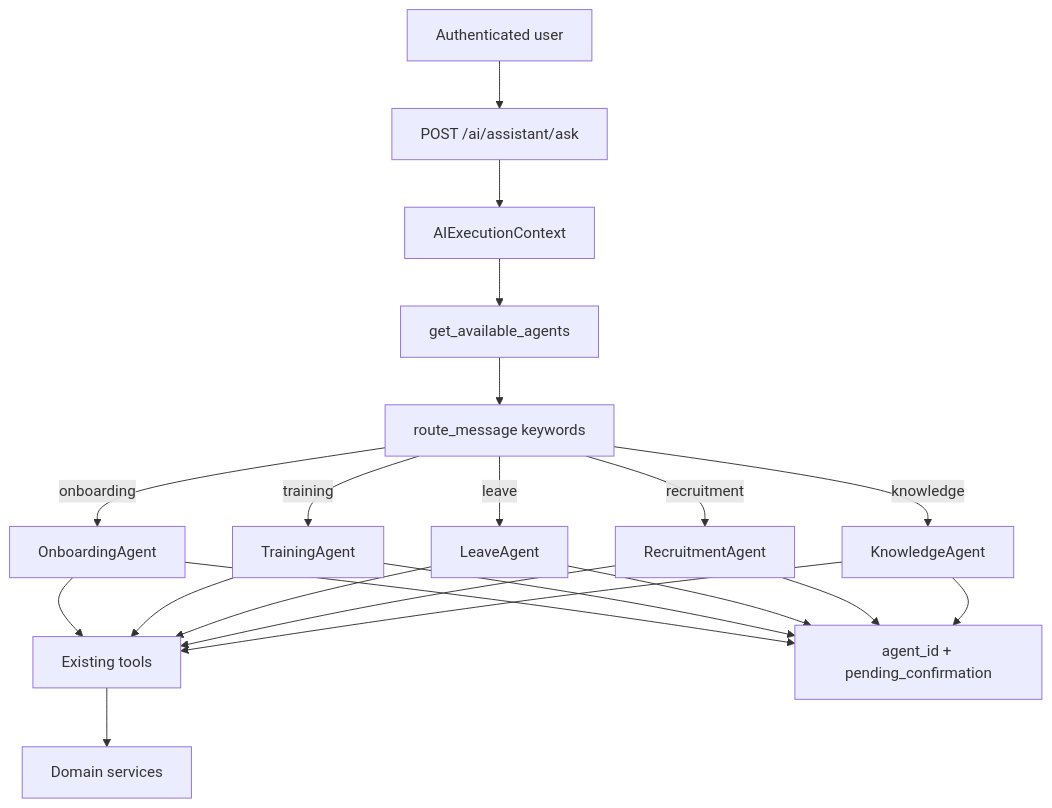
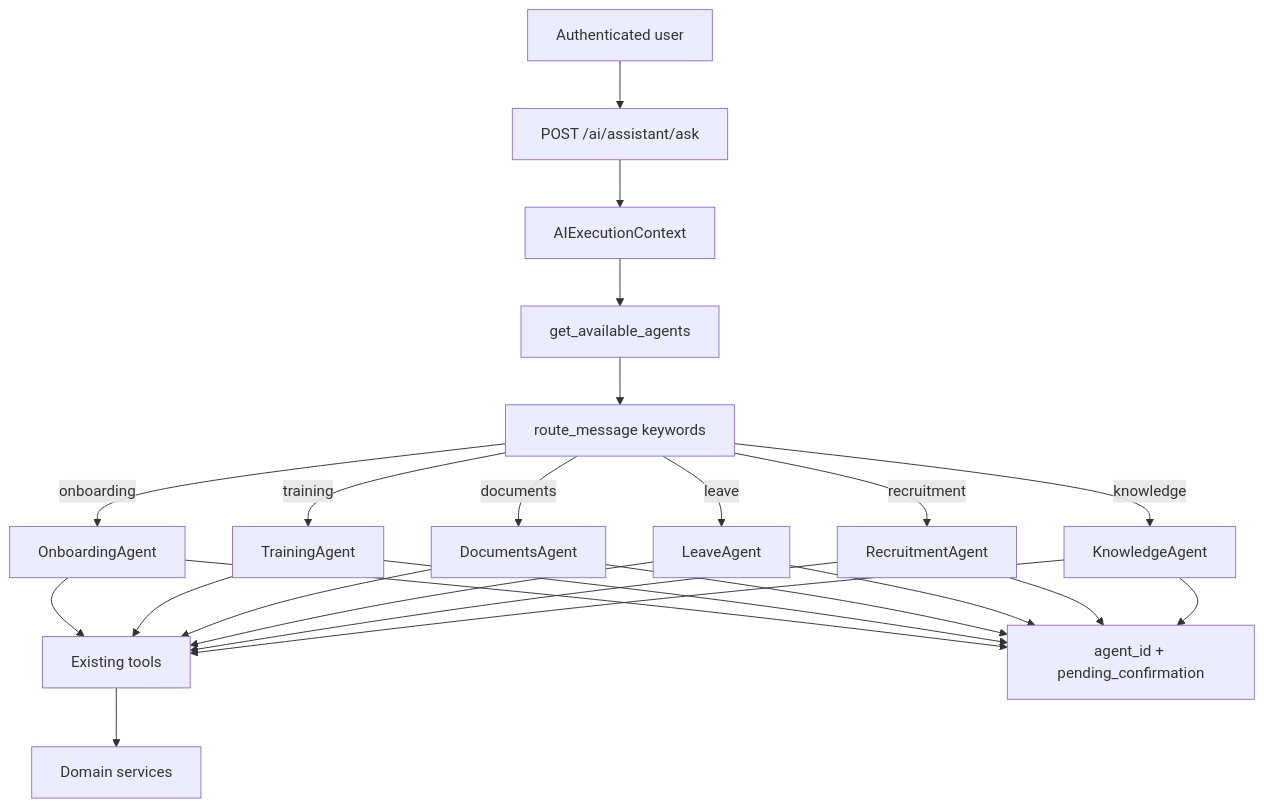
One commit to AnnyStevia/hr-multi-agentic-system changed the fifth of 7 diagrams in README.md. Above: the diagram before and after it, drawn with Mermaid. The commit also changed other lines of this file and 59 other files, not shown here.

First line of the commit message:
Add Document AI with Documents Agent, panel UX, and unified assistant routing (phases 11.1B–11.2D).

````diff
--- a/README.md
+++ b/README.md
@@ -265,33 +270,37 @@
 ```mermaid
 flowchart TD
   User[Authenticated user]
   Ask[POST /ai/assistant/ask]
   Ctx[AIExecutionContext]
   Reg[get_available_agents]
   Route[route_message keywords]
   OA[OnboardingAgent]
   TA[TrainingAgent]
+  DA[DocumentsAgent]
   Leave[LeaveAgent]
   Rec[RecruitmentAgent]
   Know[KnowledgeAgent]
   Tools[Existing tools]
   Svc[Domain services]
   Env[agent_id + pending_confirmation]
 
   User --> Ask --> Ctx --> Reg --> Route
   Route -->|onboarding| OA
   Route -->|training| TA
+  Route -->|documents| DA
   Route -->|leave| Leave
   Route -->|recruitment| Rec
   Route -->|knowledge| Know
   OA --> Tools --> Svc
   TA --> Tools
+  DA --> Tools
   Leave --> Tools
   Rec --> Tools
   Know --> Tools
   OA --> Env
   TA --> Env
+  DA --> Env
   Leave --> Env
   Rec --> Env
   Know --> Env
 ```
````
